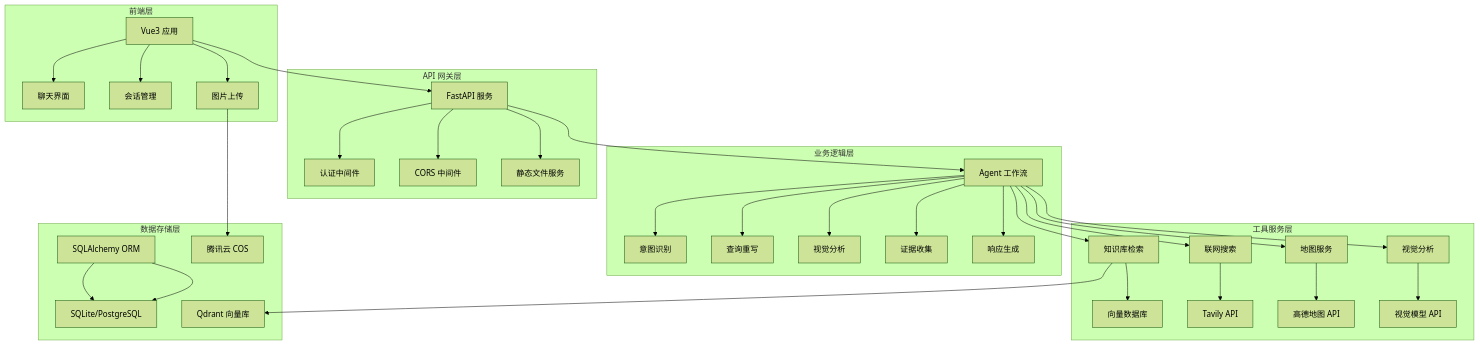
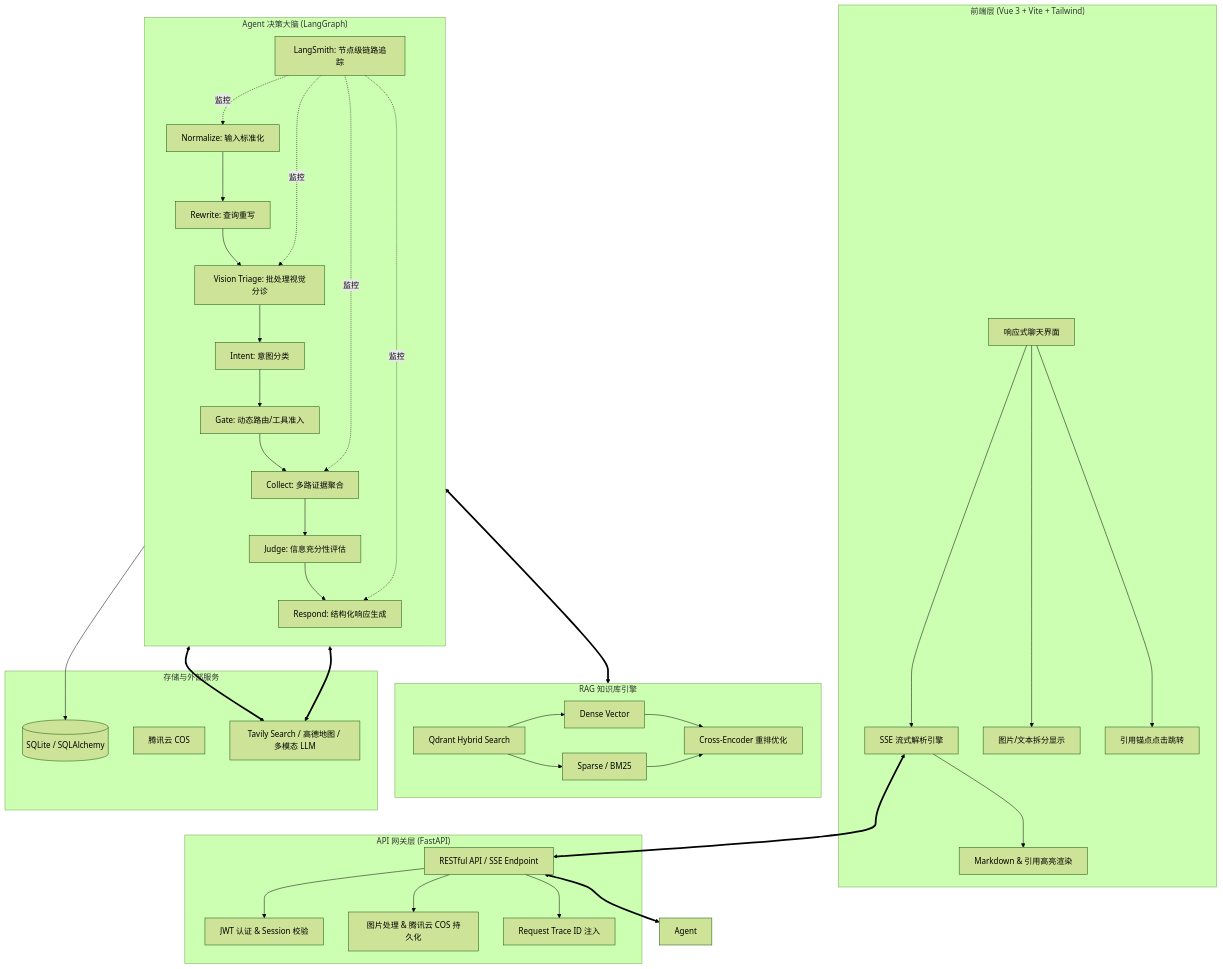
One commit to lffffffffm/animal_rescue_agent changed the diagram in README.md. Above: the diagram before and after it, drawn with Mermaid (forest theme). The commit also changed other lines of this file and 30 other files, not shown here.

Commit message:
langsmith监控；节点部分调整；多图上传；response溯源；readme修改

````diff
--- a/README.md
+++ b/README.md
@@ -18,45 +24,49 @@
 ```mermaid
 graph TB
-    subgraph "前端层"
-        A[Vue3 应用] --> B[聊天界面]
-        A --> C[会话管理]
-        A --> D[图片上传]
+    subgraph "前端层 (Vue 3 + Vite + Tailwind)"
+        UI[响应式聊天界面] --> SSE_Parser[SSE 流式解析引擎]
+        UI --> Image_Split[图片/文本拆分显示]
+        UI --> Cite_Jump[引用锚点点击跳转]
+        SSE_Parser --> Render[Markdown & 引用高亮渲染]
     end
     
-    subgraph "API 网关层"
-        E[FastAPI 服务] --> F[认证中间件]
-        E --> G[CORS 中间件]
-        E --> H[静态文件服务]
+    subgraph "API 网关层 (FastAPI)"
+        GW[RESTful API / SSE Endpoint] --> Auth[JWT 认证 & Session 校验]
+        GW --> Upload[图片处理 & 腾讯云 COS 持久化]
+        GW --> Trace_ID[Request Trace ID 注入]
     end
     
-    subgraph "业务逻辑层"
-        I[Agent 工作流] --> J[意图识别]
-        I --> K[查询重写]
-        I --> L[视觉分析]
-        I --> M[证据收集]
-        I --> N[响应生成]
+    subgraph "Agent 决策大脑 (LangGraph)"
+        direction TB
+        Node1[Normalize: 输入标准化] --> Node2[Rewrite: 查询重写]
+        Node2 --> Node3[Vision Triage: 批处理视觉分诊]
+        Node3 --> Node4[Intent: 意图分类]
+        Node4 --> Node5[Gate: 动态路由/工具准入]
+        Node5 --> Node6[Collect: 多路证据聚合]
+        Node6 --> Node7[Judge: 信息充分性评估]
+        Node7 --> Node8[Respond: 结构化响应生成]
+        
+        Monitoring[LangSmith: 节点级链路追踪] -. 监控 .-> Node1 & Node3 & Node6 & Node8
     end
     
-    subgraph "工具服务层"
-        O[知识库检索] --> P[向量数据库]
-        Q[联网搜索] --> R[Tavily API]
-        S[地图服务] --> T[高德地图 API]
-        U[视觉分析] --> V[视觉模型 API]
+    subgraph "RAG 知识库引擎"
+        direction LR
+        Search[Qdrant Hybrid Search] --> Dense[Dense Vector]
+        Search --> Sparse[Sparse / BM25]
+        Dense & Sparse --> Rerank[Cross-Encoder 重排优化]
     end
     
-    subgraph "数据存储层"
-        W[SQLAlchemy ORM] --> X[SQLite/PostgreSQL]
-        Y[Qdrant 向量库]
-        Z[腾讯云 COS]
+    subgraph "存储与外部服务"
+        DB[(SQLite / SQLAlchemy)]
+        COS[腾讯云 COS]
+        APIs[Tavily Search / 高德地图 / 多模态 LLM]
     end
-    
-    A --> E
-    E --> I
-    I --> O
-    I --> Q
-    I --> S
-    I --> U
-    O --> Y
-    W --> X
-    D --> Z
+
+    %% 核心数据流
+    SSE_Parser <==> GW
+    GW <==> Agent
+    Node6 <==> Search
+    Node6 <==> APIs
+    Node3 <==> APIs
+    Node8 --> DB
 ```
````
